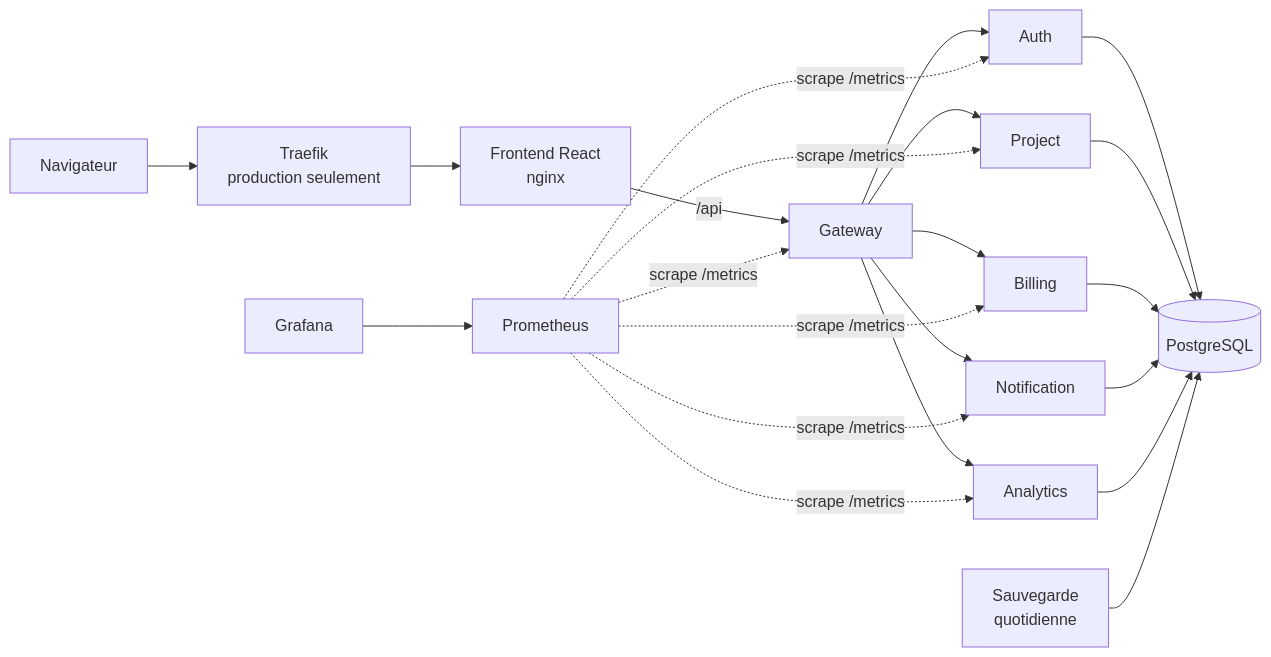
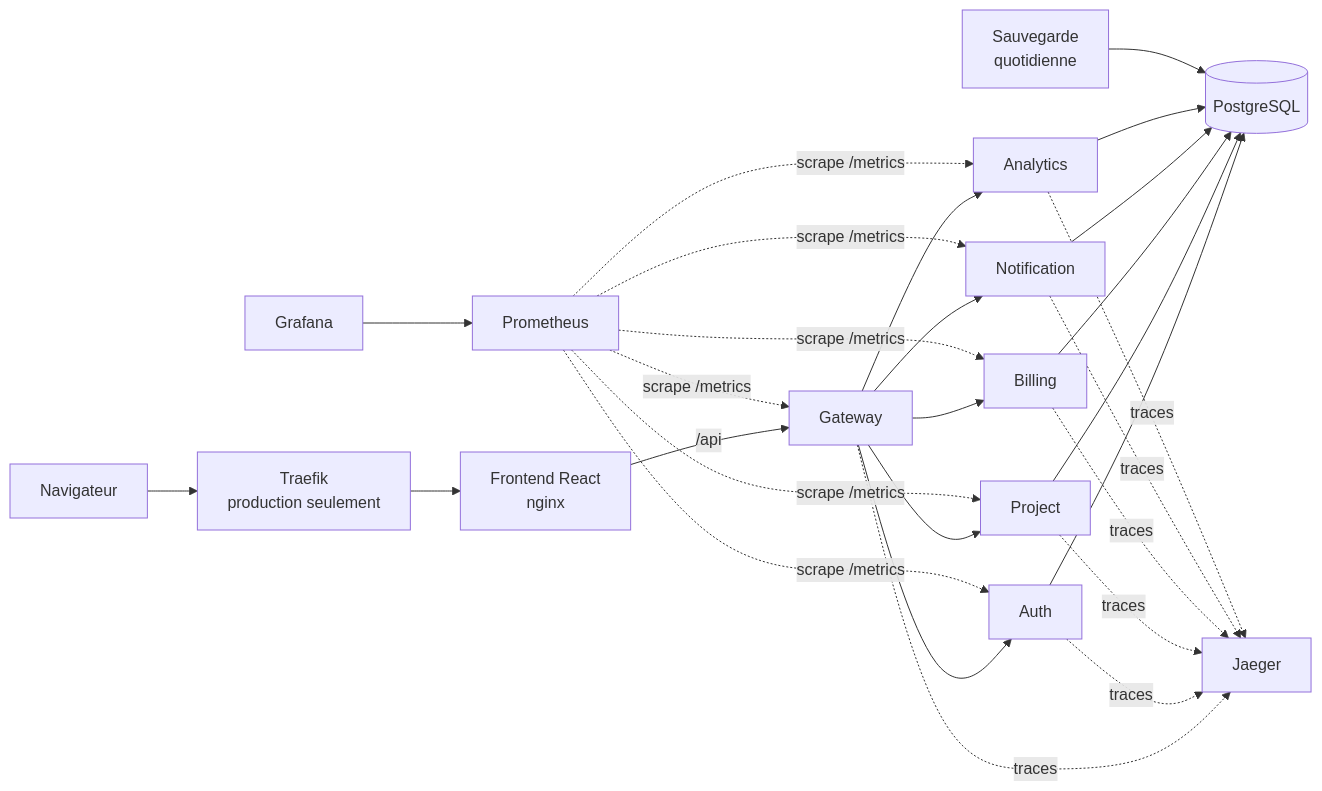
The diagram in README.md (leopen10/cloudapp), drawn with Mermaid before and after one commit. The commit also changed other lines of this file and 15 other files, not shown here.

````diff
--- a/README.md
+++ b/README.md
@@ -11,15 +11,21 @@
 ```mermaid
 flowchart LR
     U[Navigateur] --> T[Traefik<br/>production seulement]
     T --> F[Frontend React<br/>nginx]
     F -- /api --> G[Gateway]
     G --> A[Auth]
     G --> P[Project]
     G --> B[Billing]
     G --> N[Notification]
     G --> S[Analytics]
     A & P & B & N & S --> D[(PostgreSQL)]
     PR[Prometheus] -. scrape /metrics .-> G & A & P & B & N & S
     GR[Grafana] --> PR
     BK[Sauvegarde<br/>quotidienne] --> D
+    G -. traces .-> J[Jaeger]
+    A -. traces .-> J
+    P -. traces .-> J
+    B -. traces .-> J
+    N -. traces .-> J
+    S -. traces .-> J
 ```
````
